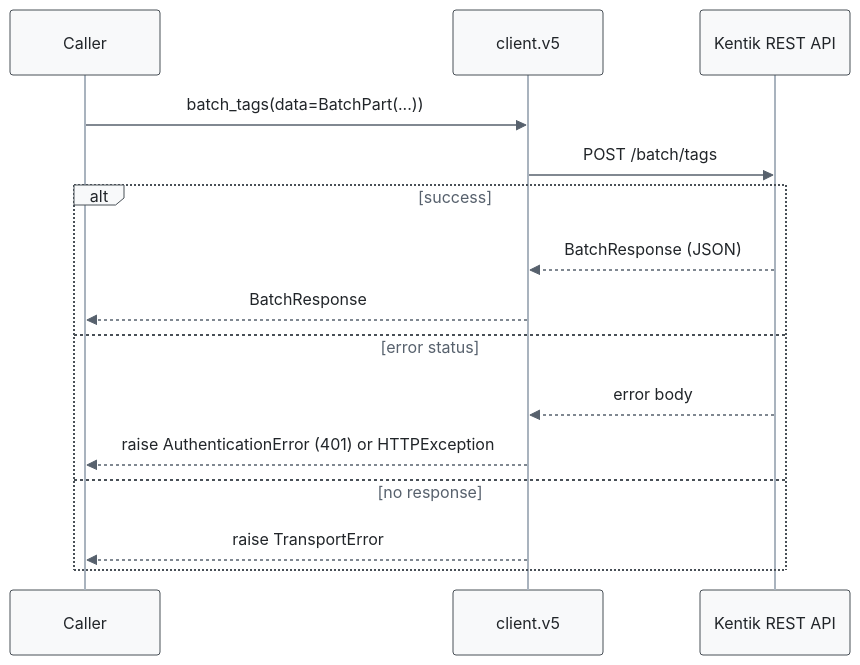
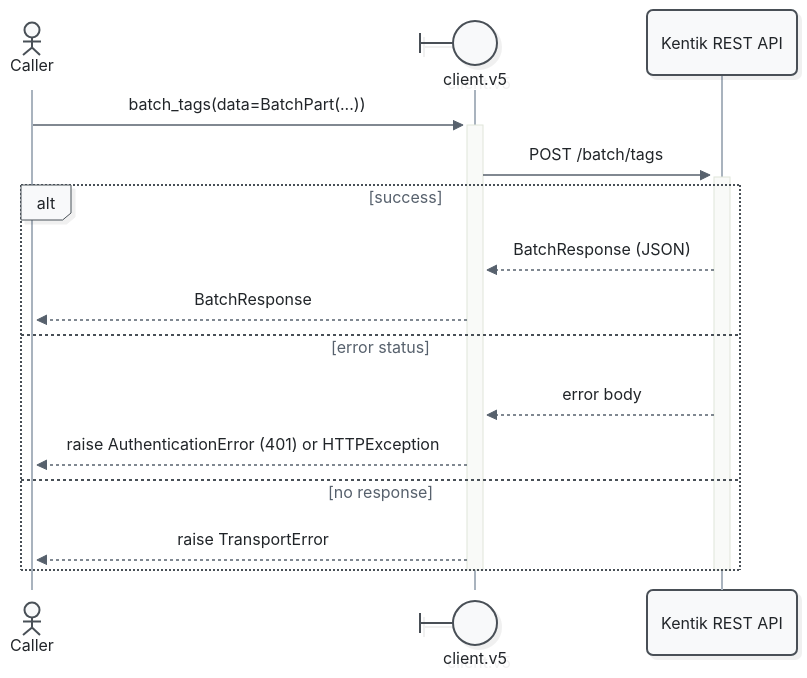
The second of 7 diagrams in docs/sphinx/services/v5.md (alexdearaujo/community_sdk_python), drawn with Mermaid before and after one commit. The commit also changed other lines of this file and 52 other files, not shown here.

First line of the commit message:
docs: Mermaid 12 sequence diagrams with participant types and path colors

````diff
--- a/docs/sphinx/services/v5.md
+++ b/docs/sphinx/services/v5.md
@@ -102,19 +104,21 @@
 ```mermaid
-%%{init: {"theme": "base", "fontFamily": "ui-monospace, SFMono-Regular, Menlo, monospace", "themeVariables": {"fontFamily": "ui-monospace, SFMono-Regular, Menlo, monospace", "primaryColor": "#f8f9fa", "primaryBorderColor": "#495057", "primaryTextColor": "#212529", "textColor": "#212529", "lineColor": "#77818c", "edgeLabelBackground": "#ffffff", "actorBkg": "#f8f9fa", "actorBorder": "#495057", "actorTextColor": "#212529", "actorLineColor": "#a9b3be", "signalColor": "#57616d", "signalTextColor": "#212529", "labelBoxBkgColor": "#f8f9fa", "labelBoxBorderColor": "#495057", "labelTextColor": "#212529", "loopTextColor": "#57616d", "noteBkgColor": "#fff9db", "noteBorderColor": "#f08c00", "noteTextColor": "#a35a00"}, "flowchart": {"curve": "step", "nodeSpacing": 30, "rankSpacing": 70, "wrappingWidth": 400}}}%%
+%%{init: {"theme": "redux", "look": "neo", "layout": "dagre", "fontFamily": "ui-monospace, SFMono-Regular, Menlo, monospace", "themeVariables": {"fontFamily": "ui-monospace, SFMono-Regular, Menlo, monospace", "primaryColor": "#f8f9fa", "primaryBorderColor": "#495057", "primaryTextColor": "#212529", "textColor": "#212529", "lineColor": "#77818c", "edgeLabelBackground": "#ffffff", "actorBkg": "#f8f9fa", "actorBorder": "#495057", "actorTextColor": "#212529", "actorLineColor": "#a9b3be", "signalColor": "#57616d", "signalTextColor": "#212529", "labelBoxBkgColor": "#f8f9fa", "labelBoxBorderColor": "#495057", "labelTextColor": "#212529", "loopTextColor": "#57616d", "noteBkgColor": "#fff9db", "noteBorderColor": "#f08c00", "noteTextColor": "#a35a00"}, "sequence": {"activationWidth": 16}, "flowchart": {"curve": "step", "nodeSpacing": 30, "rankSpacing": 70, "wrappingWidth": 400}}}%%
 sequenceDiagram
-    participant C as Caller
-    participant W as client.v5
+    actor C as Caller
+    participant W@{ "type": "boundary" } as client.v5
     participant API as Kentik REST API
 
-    C->>W: batch_tags(data=BatchPart(...))
-    W->>API: POST /batch/tags
+    C->>+W: batch_tags(data=BatchPart(...))
+    W->>+API: POST /batch/tags
     alt success
         API-->>W: BatchResponse (JSON)
         W-->>C: BatchResponse
     else error status
         API-->>W: error body
         W-->>C: raise AuthenticationError (401) or HTTPException
     else no response
         W-->>C: raise TransportError
     end
+    deactivate API
+    deactivate W
 ```
````
